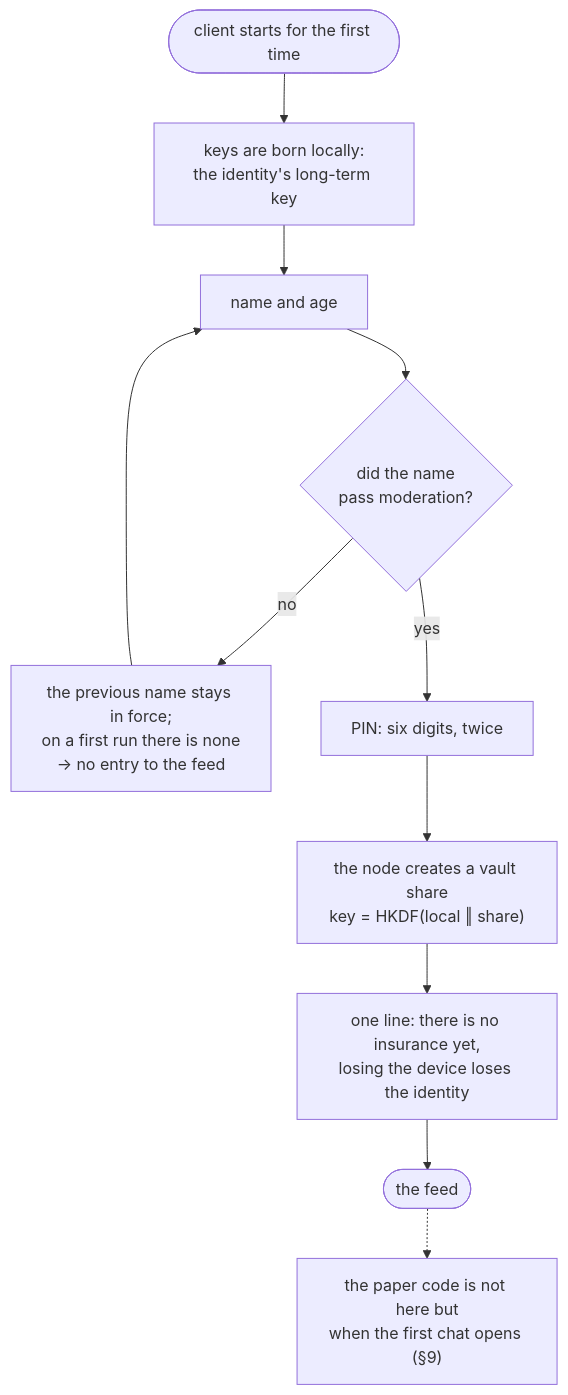
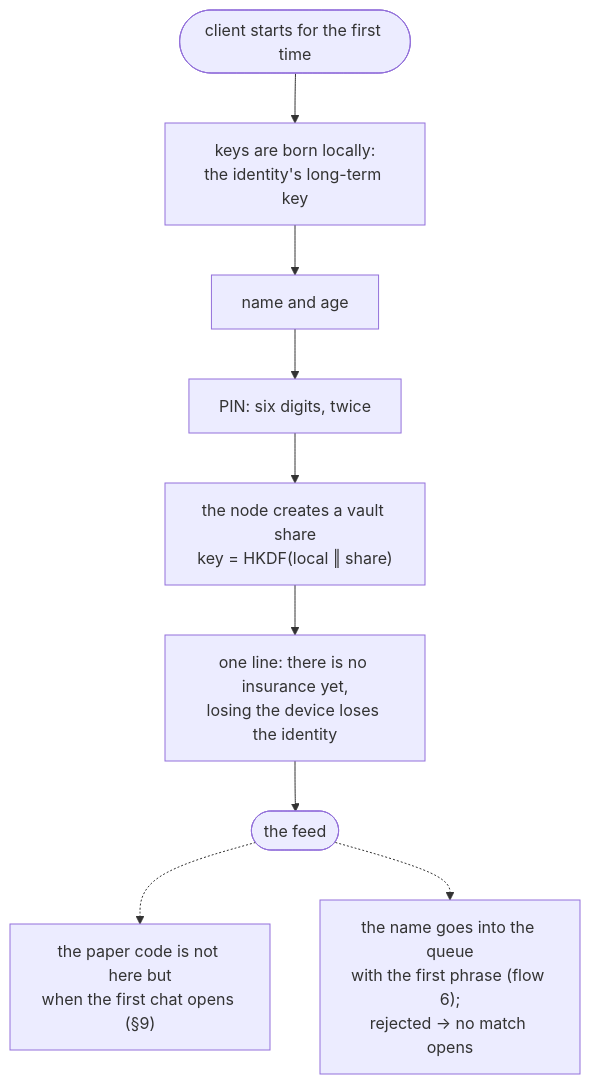
One commit to panov-id/xor.ad changed the first of 26 diagrams in docs/chat-flows_EN.md. Above: the diagram before and after it, drawn with Mermaid. The commit also changed other lines of this file and 4 other files, not shown here.

First line of the commit message:
Say that the feed is moderated by a queue, not inside the request

````diff
--- a/docs/chat-flows_EN.md
+++ b/docs/chat-flows_EN.md
@@ -21,13 +23,11 @@
 ```mermaid
 flowchart TD
   start(["client starts for the first time"]) --> keys["keys are born locally:<br/>the identity's long-term key"]
   keys --> form["name and age"]
-  form --> mod{"did the name<br/>pass moderation?"}
-  mod -- "no" --> again["the previous name stays in force;<br/>on a first run there is none<br/>→ no entry to the feed"]
-  again --> form
-  mod -- "yes" --> pin["PIN: six digits, twice"]
+  form --> pin["PIN: six digits, twice"]
   pin --> share["the node creates a vault share<br/>key = HKDF#40;local ‖ share#41;"]
   share --> warn["one line: there is no insurance yet,<br/>losing the device loses the identity"]
   warn --> feed(["the feed"])
   feed -.-> later["the paper code is not here but<br/>when the first chat opens #40;§9#41;"]
+  feed -.-> namecheck["the name goes into the queue<br/>with the first phrase #40;flow 6#41;;<br/>rejected → no match opens"]
 ```
````
